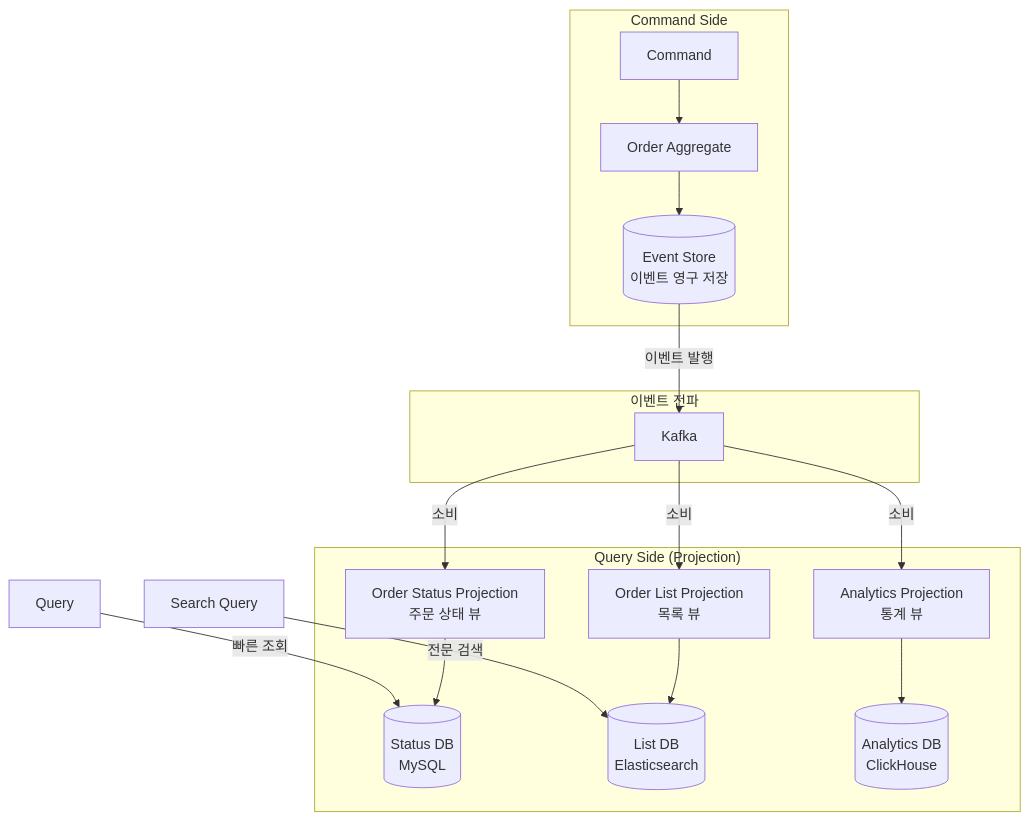
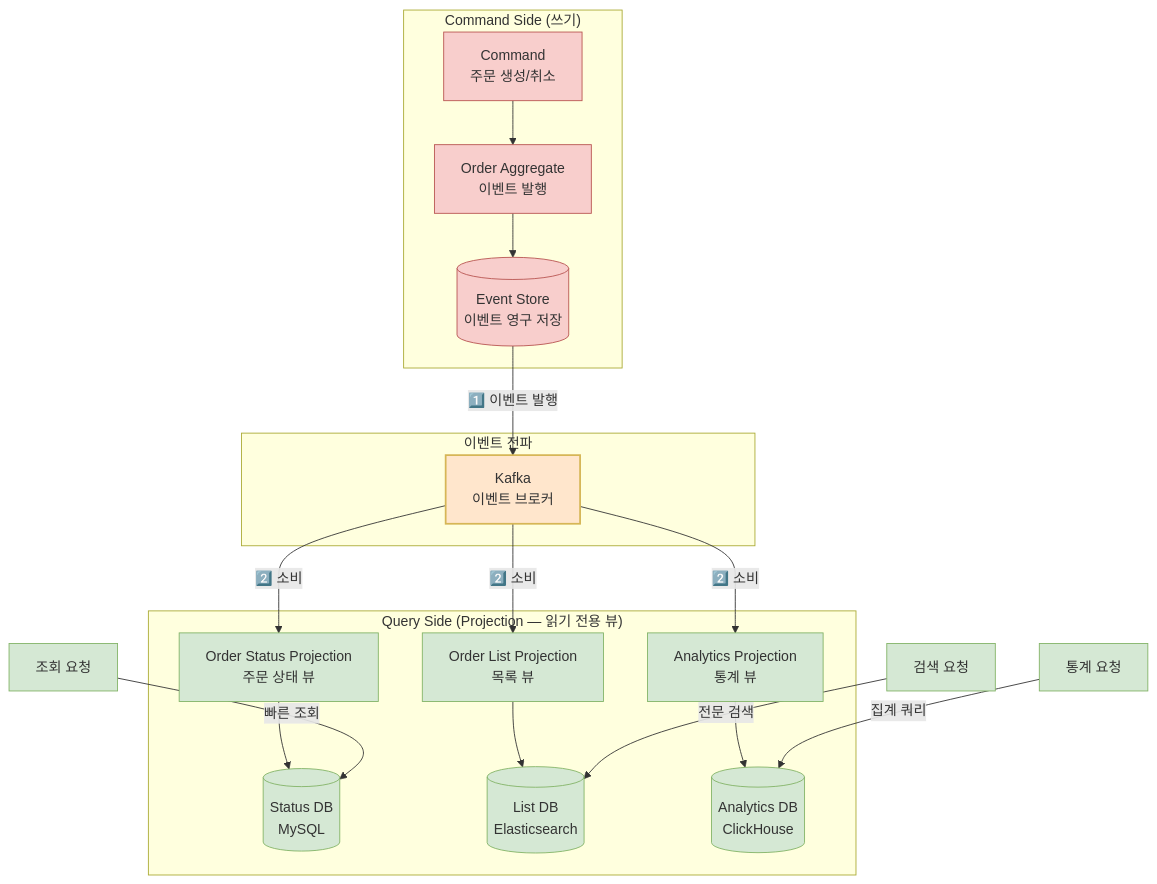
One commit to yjkim2015/yjkim2015.github.io changed the fourth of 4 diagrams in _posts/architecture/2026-05-01-event-driven.md. Above: the diagram before and after it, drawn with Mermaid. The commit also changed other lines of this file and 32 other files, not shown here.

```diff
--- a/_posts/architecture/2026-05-01-event-driven.md
+++ b/_posts/architecture/2026-05-01-event-driven.md
@@ -288,23 +326,32 @@
 <div class="mermaid">
 graph TD
-    subgraph "Command Side"
-        CMD[Command] --> AGG[Order Aggregate]
-        AGG --> ES[(Event Store\n이벤트 영구 저장)]
+    subgraph "Command Side (쓰기)"
+        CMD["Command\n주문 생성/취소"] --> AGG["Order Aggregate\n이벤트 발행"]
+        AGG --> ES[("Event Store\n이벤트 영구 저장")]
     end
 
     subgraph "이벤트 전파"
-        ES -->|이벤트 발행| KB[Kafka]
+        ES -->|"1️⃣ 이벤트 발행"| KB["Kafka\n이벤트 브로커"]
     end
 
-    subgraph "Query Side (Projection)"
-        KB -->|소비| P1[Order Status Projection\n주문 상태 뷰]
-        KB -->|소비| P2[Order List Projection\n목록 뷰]
-        KB -->|소비| P3[Analytics Projection\n통계 뷰]
-        P1 --> DB1[(Status DB\nMySQL)]
-        P2 --> DB2[(List DB\nElasticsearch)]
-        P3 --> DB3[(Analytics DB\nClickHouse)]
+    subgraph "Query Side (Projection — 읽기 전용 뷰)"
+        KB -->|"2️⃣ 소비"| P1["Order Status Projection\n주문 상태 뷰"]
+        KB -->|"2️⃣ 소비"| P2["Order List Projection\n목록 뷰"]
+        KB -->|"2️⃣ 소비"| P3["Analytics Projection\n통계 뷰"]
+        P1 --> DB1[("Status DB\nMySQL")]
+        P2 --> DB2[("List DB\nElasticsearch")]
+        P3 --> DB3[("Analytics DB\nClickHouse")]
     end
 
-    Q[Query] -->|빠른 조회| DB1
-    Q2[Search Query] -->|전문 검색| DB2
+    Q1["조회 요청"] -->|"빠른 조회"| DB1
+    Q2["검색 요청"] -->|"전문 검색"| DB2
+    Q3["통계 요청"] -->|"집계 쿼리"| DB3
+
+    classDef command fill:#F8CECC,stroke:#B85450
+    classDef query fill:#D5E8D4,stroke:#82B366
+    classDef broker fill:#FFE6CC,stroke:#D6B656,stroke-width:2px
+
+    class CMD,AGG,ES command
+    class P1,P2,P3,DB1,DB2,DB3,Q1,Q2,Q3 query
+    class KB broker
 </div>
```
